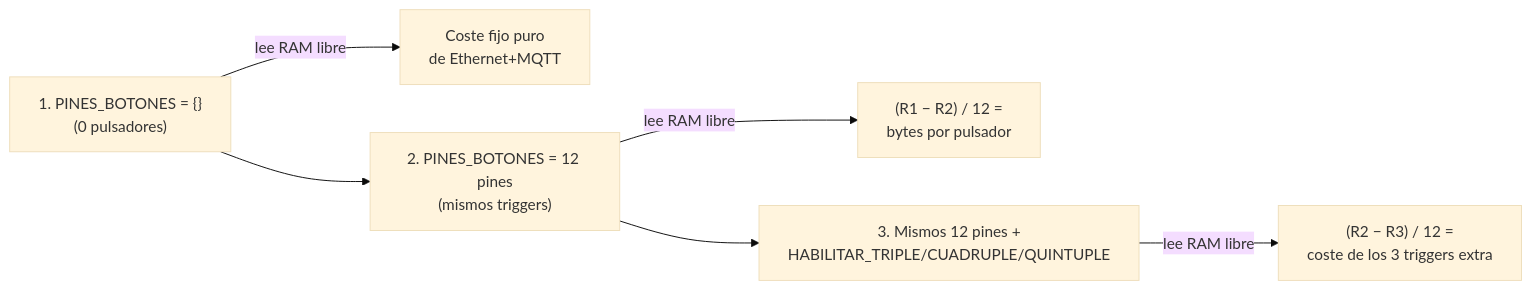
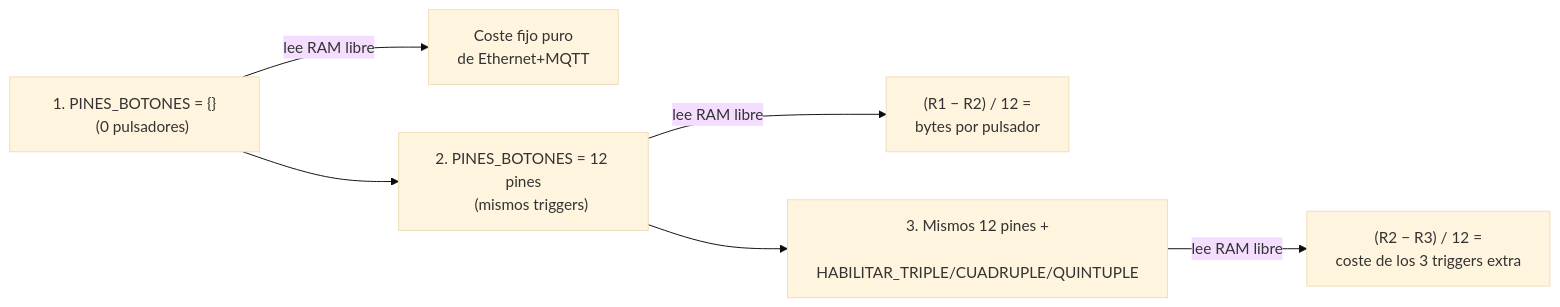
One commit to GerardUmbert/arduino-mega-mqtt-ha changed the second of 2 diagrams in docs/docs/reference/ram.md. Above: the diagram before and after it, drawn with Mermaid (base theme). The commit also changed other lines of this file and 11 other files, not shown here.

````diff
--- a/docs/docs/reference/ram.md
+++ b/docs/docs/reference/ram.md
@@ -74,8 +82,14 @@
 ```mermaid
 flowchart LR
-    S1["1. PINES_BOTONES = {}<br/>(0 pulsadores)"] -->|"lee RAM libre"| R1["Coste fijo puro<br/>de Ethernet+MQTT"]
-    S2["2. PINES_BOTONES = 12 pines<br/>(mismos triggers)"] -->|"lee RAM libre"| R2["(R1 − R2) / 12 =<br/>bytes por pulsador"]
-    S3["3. Mismos 12 pines +<br/>HABILITAR_TRIPLE/CUADRUPLE/QUINTUPLE"] -->|"lee RAM libre"| R3["(R2 − R3) / 12 =<br/>coste de los 3 triggers extra"]
+    S1["`1. PINES_BOTONES = {}
+    (0 pulsadores)`"] -->|"lee RAM libre"| R1["`Coste fijo puro
+    de Ethernet+MQTT`"]
+    S2["`2. PINES_BOTONES = 12 pines
+    (mismos triggers)`"] -->|"lee RAM libre"| R2["`(R1 − R2) / 12 =
+    bytes por pulsador`"]
+    S3["`3. Mismos 12 pines +
+    HABILITAR_TRIPLE/CUADRUPLE/QUINTUPLE`"] -->|"lee RAM libre"| R3["`(R2 − R3) / 12 =
+    coste de los 3 triggers extra`"]
 
     S1 --> S2 --> S3
 ```
````
